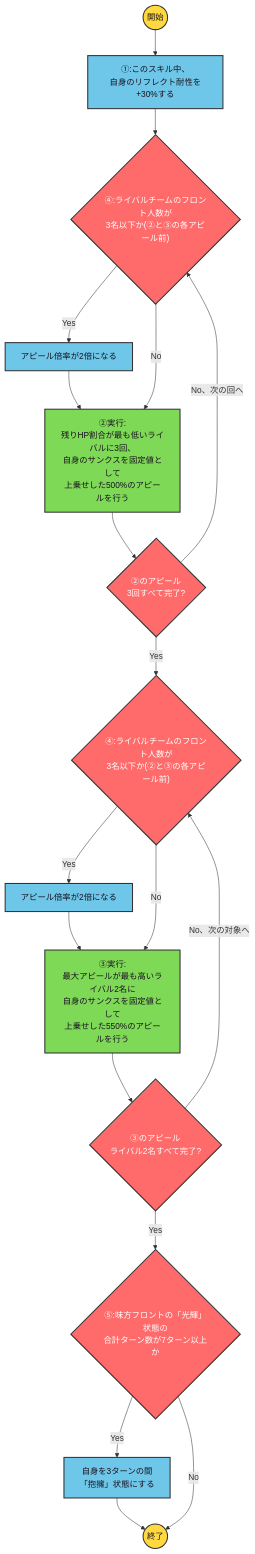
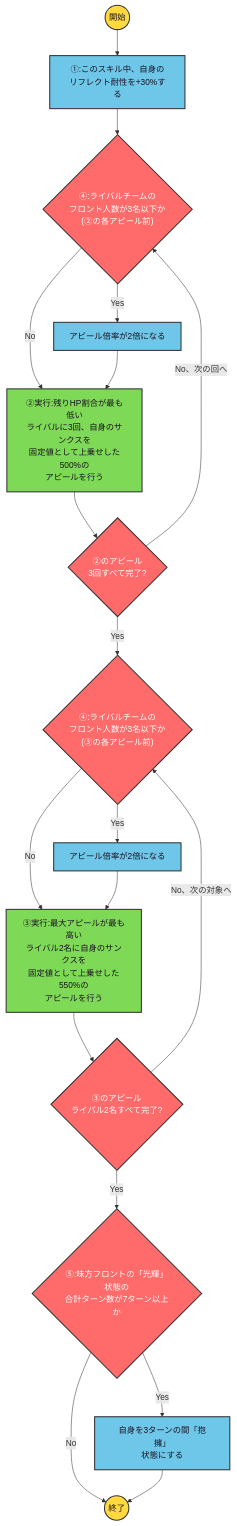
Before and after one commit to ryomochi0918/nogifra-characters: the diagram in data/umezawa_minami/samenumbers_skill1.mmd, drawn with Mermaid. The commit also changed 763 other files, not shown here.

```diff
--- a/data/umezawa_minami/samenumbers_skill1.mmd
+++ b/data/umezawa_minami/samenumbers_skill1.mmd
@@ -1,24 +1,23 @@
 flowchart TD
     classDef startend fill:#FFD93D,stroke:#333,stroke-width:2px,color:#1a1220;
     classDef cond fill:#FF6B6B,stroke:#333,stroke-width:2px,color:#ffffff;
     classDef effect fill:#6EC6E8,stroke:#333,stroke-width:2px,color:#1a1220;
     classDef action fill:#7ED957,stroke:#333,stroke-width:2px,color:#1a1220;
 
-    start(("開始")):::startend --> e1["①:このスキル中、<br/>自身のリフレクト耐性を+30%する"]:::effect --> c4a
-    c4a{"④:ライバルチームのフロント人数が<br/>3名以下か(②と③の各アピール前)"}:::cond
-    c4a -->|"Yes"| e4a["アピール倍率が2倍になる"]:::effect --> a2
-    c4a -->|"No"| a2
-    a2["②実行:<br/>残りHP割合が最も低いライバルに3回、<br/>自身のサンクスを固定値として<br/>上乗せした500%のアピールを行う"]:::action --> lc2
-    lc2{"②のアピール<br/>3回すべて完了?"}:::cond
-    lc2 -->|"No、次の回へ"| c4a
-    lc2 -->|"Yes"| c4b
-    c4b{"④:ライバルチームのフロント人数が<br/>3名以下か(②と③の各アピール前)"}:::cond
-    c4b -->|"Yes"| e4b["アピール倍率が2倍になる"]:::effect --> a3
-    c4b -->|"No"| a3
-    a3["③実行:<br/>最大アピールが最も高いライバル2名に<br/>自身のサンクスを固定値として<br/>上乗せした550%のアピールを行う"]:::action --> lc3
-    lc3{"③のアピール<br/>ライバル2名すべて完了?"}:::cond
-    lc3 -->|"No、次の対象へ"| c4b
-    lc3 -->|"Yes"| c5
-    c5{"⑤:味方フロントの「光輝」状態の<br/>合計ターン数が7ターン以上か"}:::cond
-    c5 -->|"Yes"| e5["自身を3ターンの間<br/>「抱擁」状態にする"]:::effect --> finish(("終了")):::startend
-    c5 -->|"No"| finish
+    start(("開始")):::startend --> e1["①:このスキル中、自身の<br/>リフレクト耐性を+30%する"]:::effect
+    e1 --> c4{"④:ライバルチームの<br/>フロント人数が3名以下か<br/>(②の各アピール前)"}:::cond
+    c4 -->|"Yes"| e4["アピール倍率が2倍になる"]:::effect
+    c4 -->|"No"| a2["②実行:残りHP割合が最も低い<br/>ライバルに3回、自身のサンクスを<br/>固定値として上乗せした500%の<br/>アピールを行う"]:::action
+    e4 --> a2
+    a2 --> lc2{"②のアピール<br/>3回すべて完了?"}:::cond
+    lc2 -->|"Yes"| c4_2{"④:ライバルチームの<br/>フロント人数が3名以下か<br/>(③の各アピール前)"}:::cond
+    lc2 -->|"No、次の回へ"| c4
+    c4_2 -->|"Yes"| e4_2["アピール倍率が2倍になる"]:::effect
+    c4_2 -->|"No"| a3["③実行:最大アピールが最も高い<br/>ライバル2名に自身のサンクスを<br/>固定値として上乗せした550%の<br/>アピールを行う"]:::action
+    e4_2 --> a3
+    a3 --> lc3{"③のアピール<br/>ライバル2名すべて完了?"}:::cond
+    lc3 -->|"Yes"| c5{"⑤:味方フロントの「光輝」状態の<br/>合計ターン数が7ターン以上か"}:::cond
+    lc3 -->|"No、次の対象へ"| c4_2
+    c5 -->|"Yes"| e5["自身を3ターンの間「抱擁」<br/>状態にする"]:::effect
+    c5 -->|"No"| finish(("終了")):::startend
+    e5 --> finish
```
